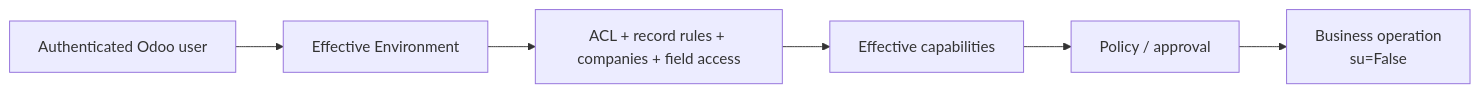
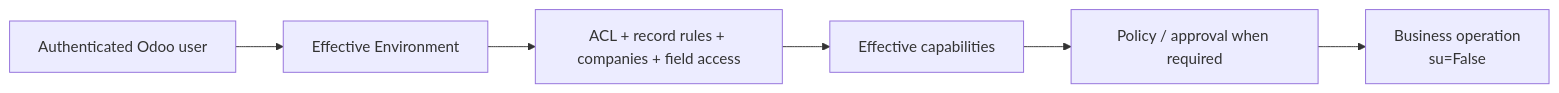
One commit to CPX-001/ai-odoo-assistant changed the diagram in addons/odoo_ai_assistant/security/README.md. Above: the diagram before and after it, drawn with Mermaid. The commit also changed other lines of this file, not shown here.

````diff
--- a/addons/odoo_ai_assistant/security/README.md
+++ b/addons/odoo_ai_assistant/security/README.md
@@ -18,8 +19,8 @@
 ```mermaid
 flowchart LR
     U[Authenticated Odoo user] --> ENV[Effective Environment]
     ENV --> ACL[ACL + record rules + companies + field access]
     ACL --> CAT[Effective capabilities]
-    CAT --> POL[Policy / approval]
+    CAT --> POL[Policy / approval when required]
     POL --> OP[Business operation<br/>su=False]
 ```
````
